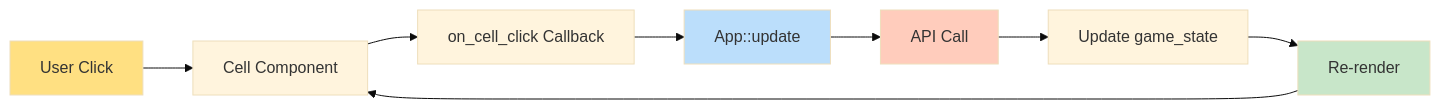
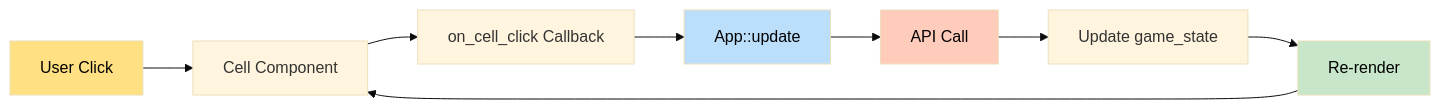
The third of 5 diagrams in wiki/Frontend-Architecture.md (sw-game-dev/game-mcp-poc), drawn with Mermaid (base theme) before and after one commit. The commit also changed other lines of this file and 4 other files, not shown here.

First line of the commit message:
fix: Improve mermaid diagram text contrast

````diff
--- a/wiki/Frontend-Architecture.md
+++ b/wiki/Frontend-Architecture.md
@@ -249,15 +249,15 @@
 ```mermaid
 graph LR
     A[User Click] --> B[Cell Component]
     B --> C[on_cell_click Callback]
     C --> D[App::update]
     D --> E[API Call]
     E --> F[Update game_state]
     F --> G[Re-render]
     G --> B
 
-    style A fill:#ffe082
-    style D fill:#bbdefb
-    style E fill:#ffccbc
-    style G fill:#c8e6c9
+    style A fill:#ffe082,color:#000
+    style D fill:#bbdefb,color:#000
+    style E fill:#ffccbc,color:#000
+    style G fill:#c8e6c9,color:#000
 ```
````
